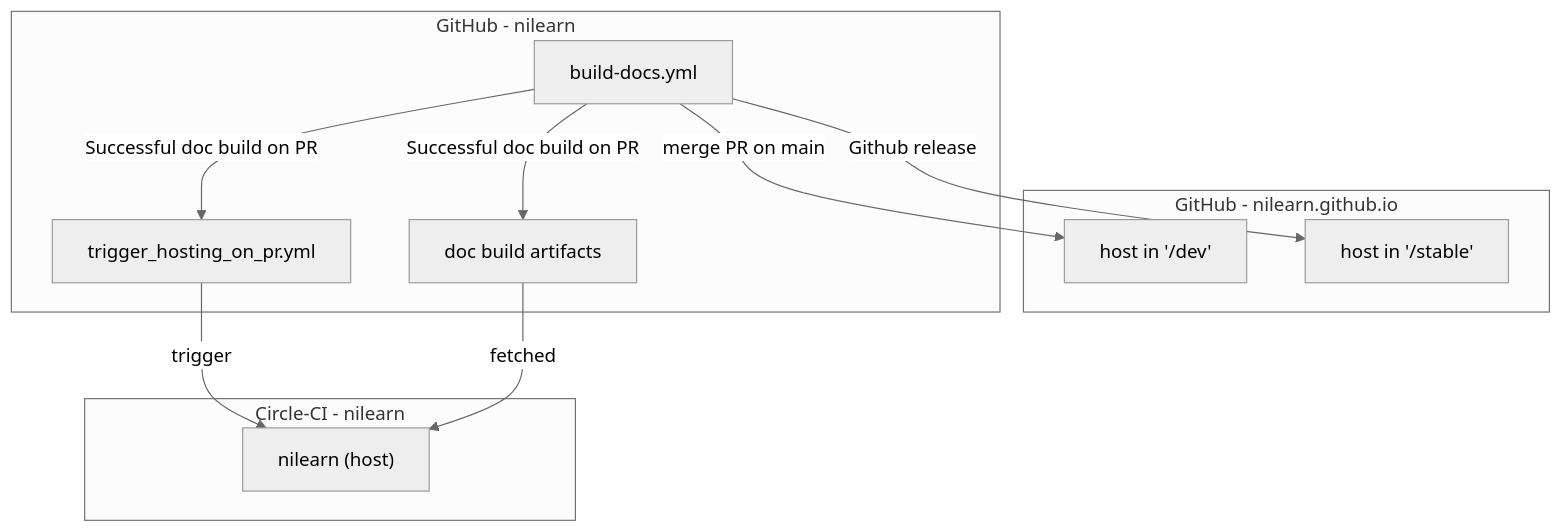
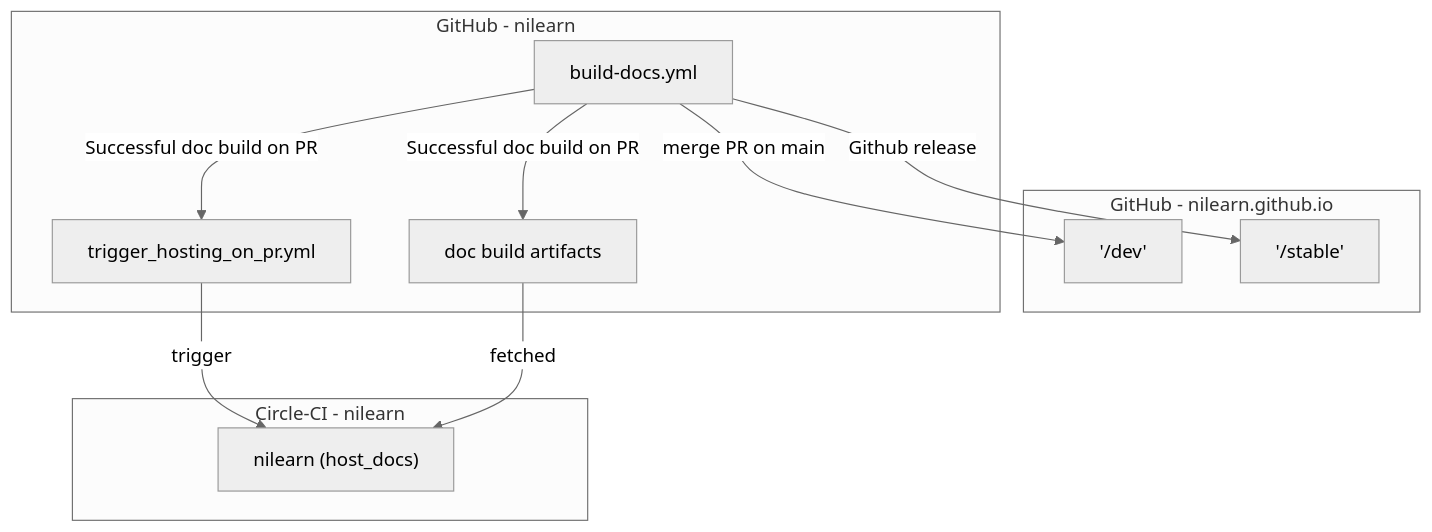
Before and after one commit to nilearn/nilearn: the diagram in doc/mermaid/doc_deploy.mmd, drawn with Mermaid (neutral theme). The commit also changed 20 other files, not shown here.

```diff
--- a/doc/mermaid/doc_deploy.mmd
+++ b/doc/mermaid/doc_deploy.mmd
@@ -1,21 +1,21 @@
 flowchart TD
     subgraph Circle-CI - nilearn
-    nilearn_CCI["nilearn (host)"]
+    nilearn_CCI["nilearn (host_docs)"]
     end
 
     subgraph GitHub - nilearn.github.io
-    nilearn_doc_dev[host in '/dev']
-    nilearn_doc_stable[host in '/stable']
+    nilearn_doc_dev['/dev']
+    nilearn_doc_stable['/stable']
     end
 
     subgraph GitHub - nilearn
     DocumentationBuilder["build-docs.yml"]
     trigger_hosting["trigger_hosting_on_pr.yml"]
     artifacts["doc build artifacts"]
     end
 
     DocumentationBuilder -- merge PR on main --> nilearn_doc_dev
     DocumentationBuilder -- Github release --> nilearn_doc_stable
     DocumentationBuilder -- Successful doc build on PR --> trigger_hosting & artifacts
     trigger_hosting -- trigger --> nilearn_CCI
     artifacts -- fetched --> nilearn_CCI
```
